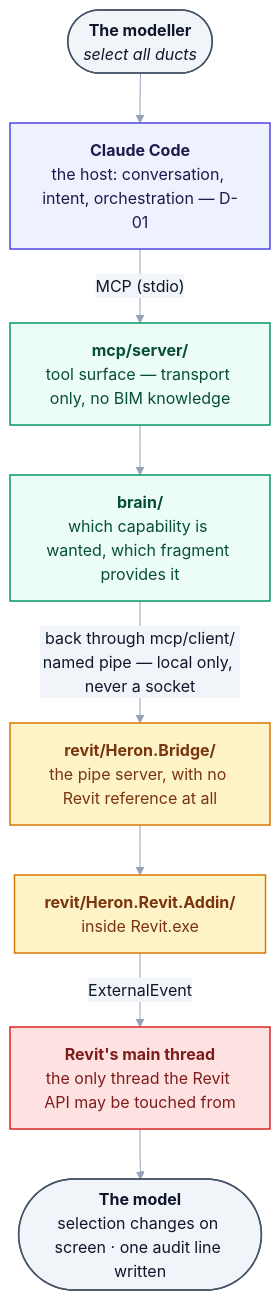
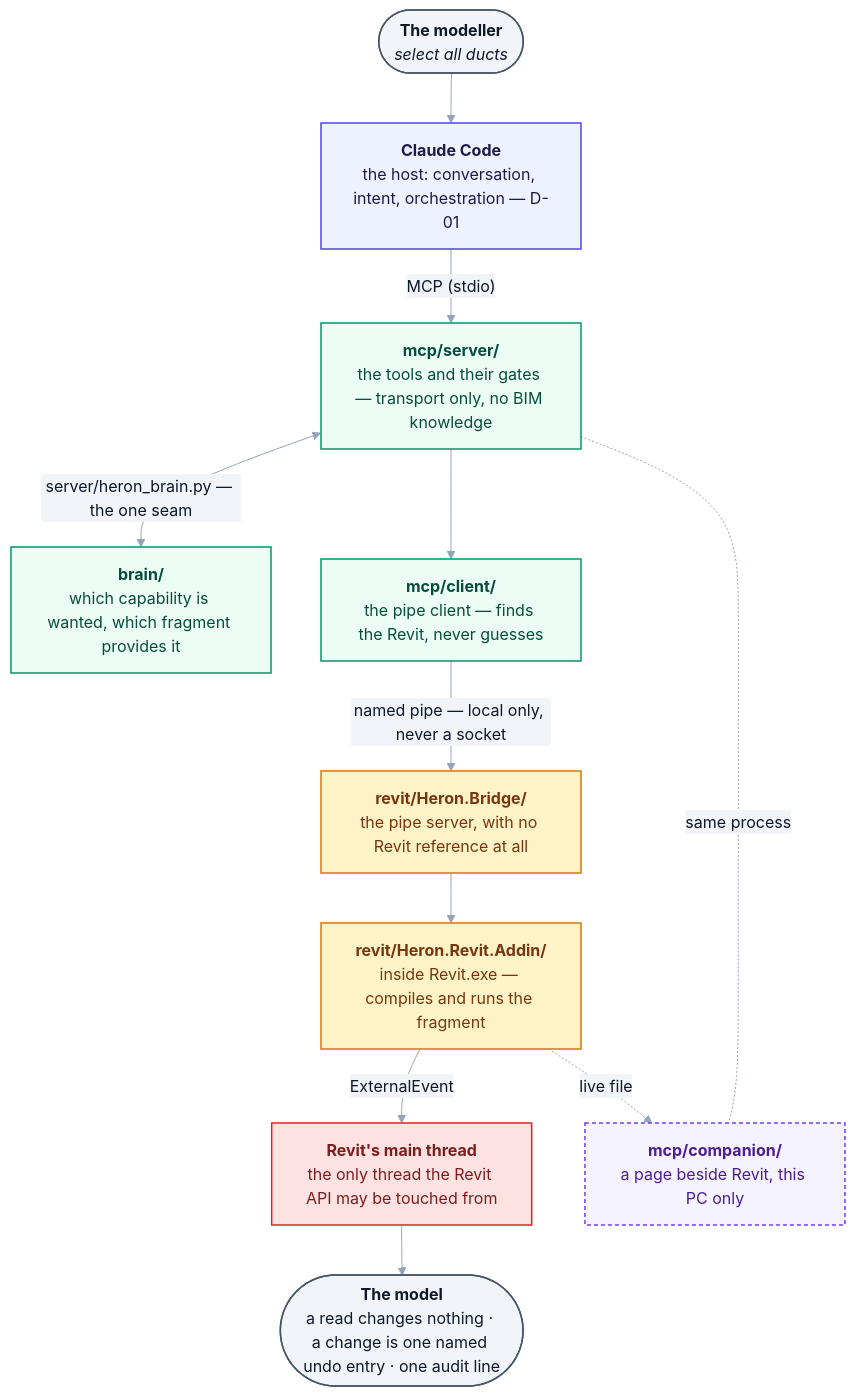
Before and after one commit to Ajmalpshaik/Heron-AI: the diagram in docs/PROJECT-MAP.md, drawn with Mermaid. The commit also changed other lines of this file and 72 other files, not shown here.

````diff
--- a/docs/PROJECT-MAP.md
+++ b/docs/PROJECT-MAP.md
@@ -13,32 +13,39 @@
 ```mermaid
 %%{init: {"themeVariables": {"edgeLabelBackground":"#F1F5F9","lineColor":"#94A3B8","textColor":"#0F172A","tertiaryTextColor":"#0F172A"}}}%%
 flowchart TD
     MO(["<b>The modeller</b><br/><i>select all ducts</i>"])
     CC["<b>Claude Code</b><br/>the host: conversation, intent, orchestration — D-01"]
-    MS["<b>mcp/server/</b><br/>tool surface — transport only, no BIM knowledge"]
+    MS["<b>mcp/server/</b><br/>the tools and their gates — transport only, no BIM knowledge"]
     BR["<b>brain/</b><br/>which capability is wanted, which fragment provides it"]
+    CL["<b>mcp/client/</b><br/>the pipe client — finds the Revit, never guesses"]
     BG["<b>revit/Heron.Bridge/</b><br/>the pipe server, with no Revit reference at all"]
-    AD["<b>revit/Heron.Revit.Addin/</b><br/>inside Revit.exe"]
+    AD["<b>revit/Heron.Revit.Addin/</b><br/>inside Revit.exe — compiles and runs the fragment"]
     MT["<b>Revit's main thread</b><br/>the only thread the Revit API may be touched from"]
-    MD(["<b>The model</b><br/>selection changes on screen · one audit line written"])
+    MD(["<b>The model</b><br/>a read changes nothing · a change is one named undo entry · one audit line"])
+    CP["<b>mcp/companion/</b><br/>a page beside Revit, this PC only"]
 
     MO --> CC
     CC -->|"MCP (stdio)"| MS
-    MS --> BR
-    BR -->|"back through mcp/client/<br/>named pipe — local only, never a socket"| BG
+    MS <-->|"server/heron_brain.py — the one seam"| BR
+    MS --> CL
+    CL -->|"named pipe — local only, never a socket"| BG
     BG --> AD
     AD -->|"ExternalEvent"| MT
     MT --> MD
+    MS -.-|"same process"| CP
+    AD -.->|"live file"| CP
 
     classDef user fill:#F1F5F9,stroke:#475569,stroke-width:1.5px,color:#0F172A
     classDef host fill:#EEF2FF,stroke:#4F46E5,stroke-width:1.5px,color:#1E1B4B
     classDef brain fill:#ECFDF5,stroke:#059669,stroke-width:1.5px,color:#064E3B
     classDef addin fill:#FEF3C7,stroke:#D97706,stroke-width:1.5px,color:#78350F
     classDef revit fill:#FEE2E2,stroke:#DC2626,stroke-width:1.5px,color:#7F1D1D
+    classDef side fill:#F5F3FF,stroke:#7C3AED,stroke-width:1.5px,color:#4C1D95,stroke-dasharray:4 3
     class MO user
     class CC host
-    class MS,BR brain
+    class MS,BR,CL brain
     class BG,AD addin
     class MT revit
     class MD user
+    class CP side
 ```
````
